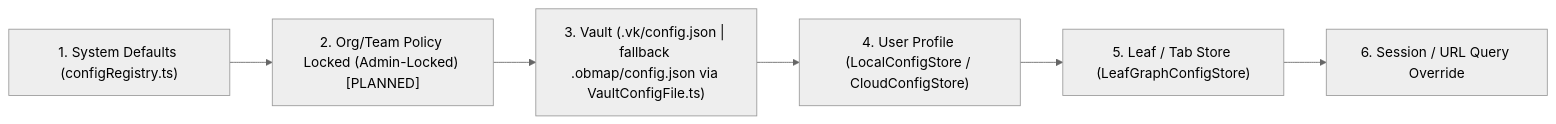
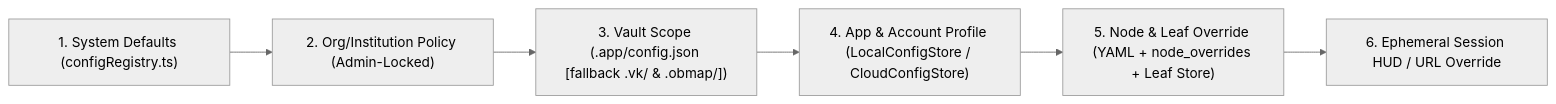
One commit to mjd-code/obmap-meed changed the diagram in docs/03-architecture/data-and-storage.md. Above: the diagram before and after it, drawn with Mermaid (neutral theme). The commit also changed other lines of this file and 48 other files, not shown here.

````diff
--- a/docs/03-architecture/data-and-storage.md
+++ b/docs/03-architecture/data-and-storage.md
@@ -57,8 +142,8 @@
 ```mermaid
 flowchart LR
-    L1["1. System Defaults (configRegistry.ts)"] --> L2["2. Org/Team Policy Locked (Admin-Locked) [PLANNED]"]
-    L2 --> L3["3. Vault (.vk/config.json | fallback .obmap/config.json via VaultConfigFile.ts)"]
-    L3 --> L4["4. User Profile (LocalConfigStore / CloudConfigStore)"]
-    L4 --> L5["5. Leaf / Tab Store (LeafGraphConfigStore)"]
-    L5 --> L6["6. Session / URL Query Override"]
+    L1["1. System Defaults (configRegistry.ts)"] --> L2["2. Org/Institution Policy (Admin-Locked)"]
+    L2 --> L3["3. Vault Scope (.app/config.json [fallback .vk/ & .obmap/])"]
+    L3 --> L4["4. App & Account Profile (LocalConfigStore / CloudConfigStore)"]
+    L4 --> L5["5. Node & Leaf Override (YAML + node_overrides + Leaf Store)"]
+    L5 --> L6["6. Ephemeral Session HUD / URL Override"]
 ```
````
